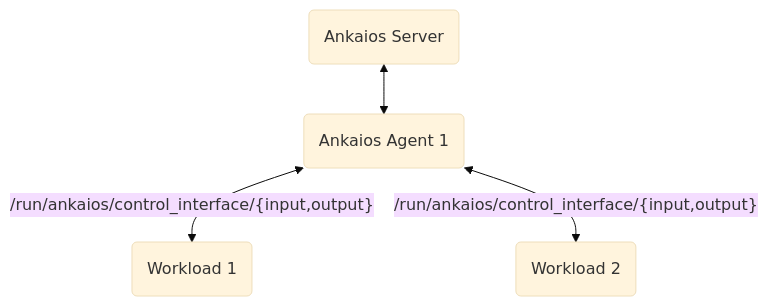
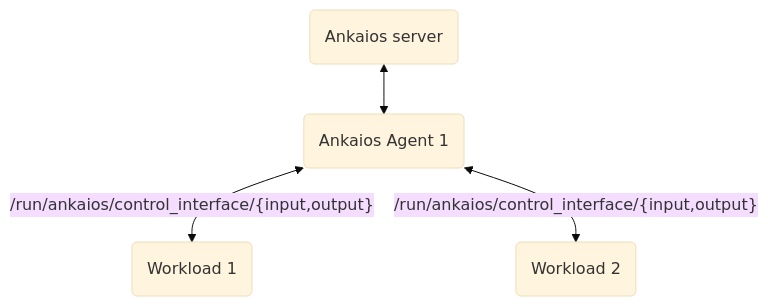
One commit to eclipse-ankaios/ankaios changed the second of 5 diagrams in doc/docs/reference/control-interface.md. Above: the diagram before and after it, drawn with Mermaid (base theme). The commit also changed other lines of this file and 1 other file, not shown here.

````diff
--- a/doc/docs/reference/control-interface.md
+++ b/doc/docs/reference/control-interface.md
@@ -56,10 +56,10 @@
 ```mermaid
 flowchart TD
     a1(Ankaios Agent 1)
     w1(Workload 1)
     w2(Workload 2)
-    s(Ankaios Server)
+    s(Ankaios server)
 
 
     s <--> a1 <-->|"/run/ankaios/control_interface/{input,output}"| w1 & w2
 ```
````
